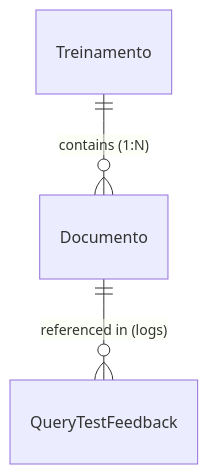
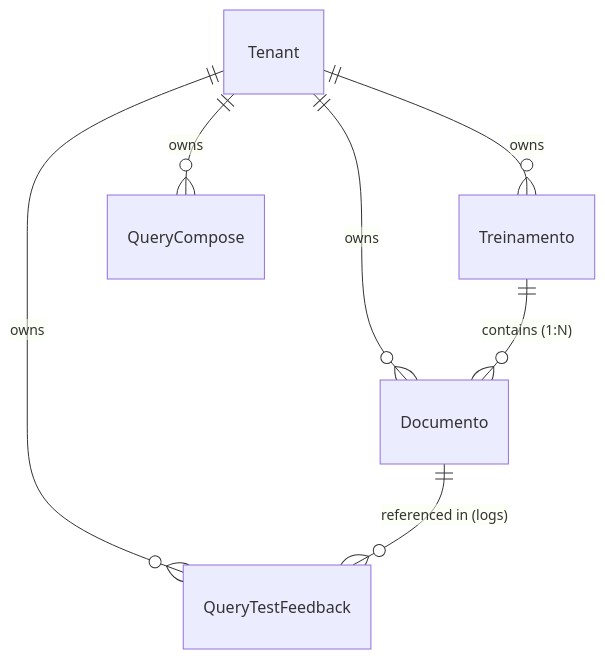
Before and after one commit to pwlimaverde/smart-core-assistant-v2: the diagram in smart-agent-config/doc_dev/modelagem_dados/05_modulo_treinamento.md, drawn with Mermaid. The commit also changed other lines of this file and 11 other files, not shown here.

````diff
--- a/smart-agent-config/doc_dev/modelagem_dados/05_modulo_treinamento.md
+++ b/smart-agent-config/doc_dev/modelagem_dados/05_modulo_treinamento.md
@@ -17,5 +17,9 @@
 ```mermaid
 erDiagram
+    Tenant ||--o{ Treinamento : "owns"
+    Tenant ||--o{ Documento : "owns"
+    Tenant ||--o{ QueryTestFeedback : "owns"
+    Tenant ||--o{ QueryCompose : "owns"
     Treinamento ||--o{ Documento : "contains (1:N)"
     Documento ||--o{ QueryTestFeedback : "referenced in (logs)"
 ```
````
